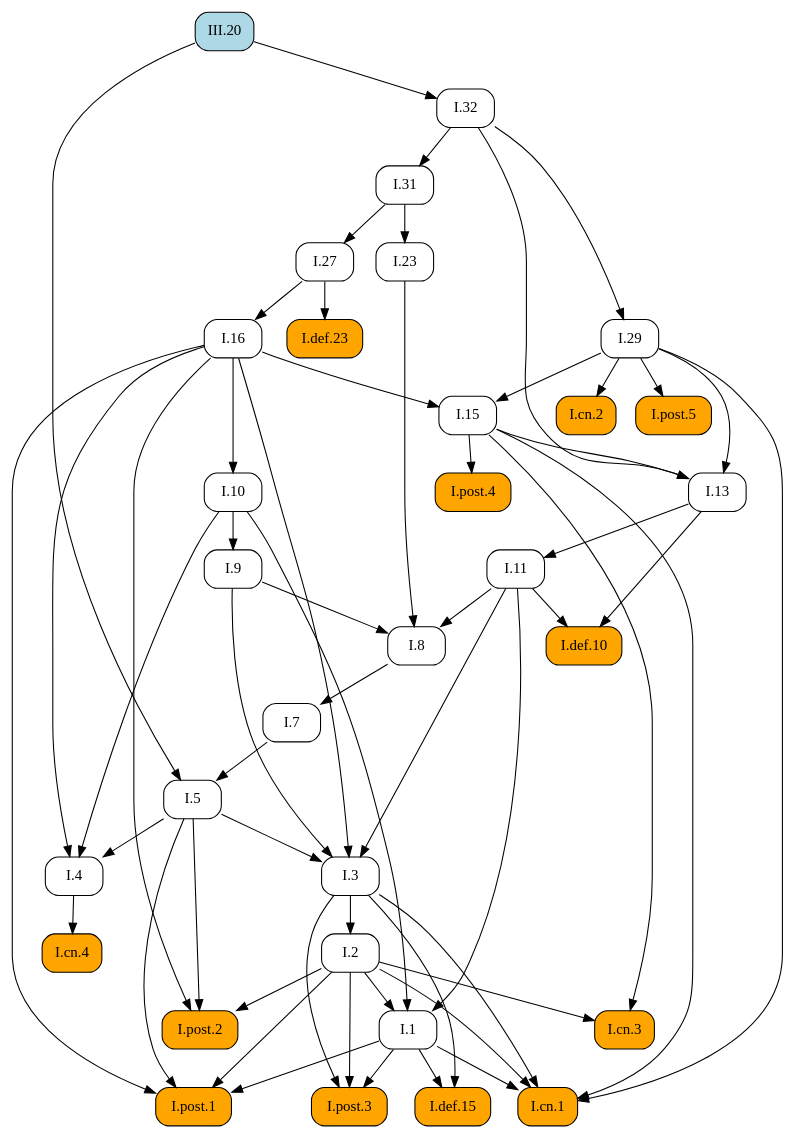
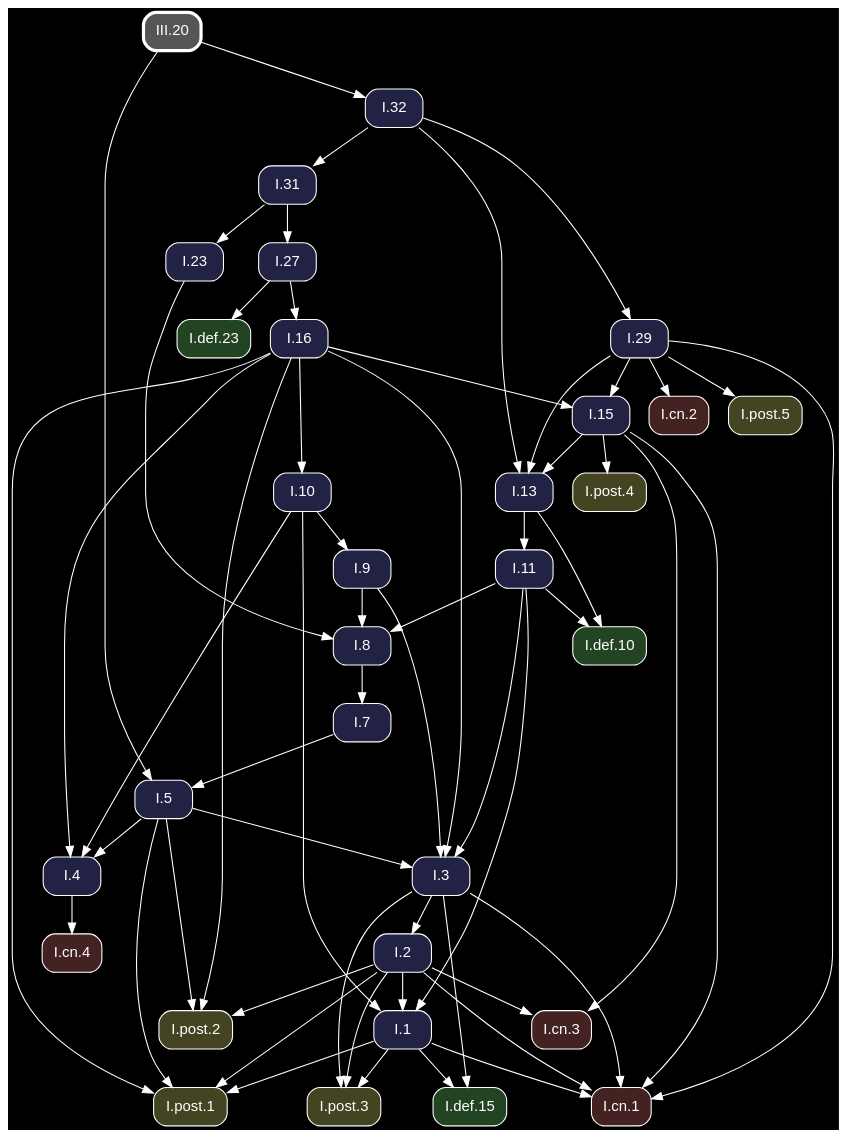
The diagram in docsrc/heath/III/20/index.rst (geometor/elements), drawn with Graphviz before and after one commit. The commit also changed other lines of this file and 1200 other files, not shown here.

Commit message:
update dependency graphs

```diff
--- a/docsrc/heath/III/20/index.rst
+++ b/docsrc/heath/III/20/index.rst
@@ -62,94 +62,96 @@
 .. graphviz::
 
    digraph {
+     bgcolor="black";
+     node [shape=box, style="rounded,filled", fontname="Helvetica", color="white", fontcolor="white"];
+     edge [color="white", fontcolor="white"];
      rankdir="TB";
-     node [shape=box, style=rounded];
-     "I.23" [URL="/heath/I/23/", target="_top"];
-     "I.9" [URL="/heath/I/9/", target="_top"];
-     "I.cn.1" [style="rounded,filled", fillcolor=orange, URL="/heath/I/cn.1/", target="_top"];
-     "I.32" [URL="/heath/I/32/", target="_top"];
-     "I.7" [URL="/heath/I/7/", target="_top"];
-     "I.2" [URL="/heath/I/2/", target="_top"];
-     "I.def.15" [style="rounded,filled", fillcolor=orange, URL="/heath/I/def.15/", target="_top"];
-     "I.13" [URL="/heath/I/13/", target="_top"];
-     "I.post.4" [style="rounded,filled", fillcolor=orange, URL="/heath/I/post.4/", target="_top"];
-     "I.4" [URL="/heath/I/4/", target="_top"];
-     "I.1" [URL="/heath/I/1/", target="_top"];
-     "I.post.3" [style="rounded,filled", fillcolor=orange, URL="/heath/I/post.3/", target="_top"];
-     "I.post.1" [style="rounded,filled", fillcolor=orange, URL="/heath/I/post.1/", target="_top"];
-     "I.5" [URL="/heath/I/5/", target="_top"];
-     "I.8" [URL="/heath/I/8/", target="_top"];
-     "III.20" [style="rounded,filled", fillcolor=lightblue, URL="/heath/III/20/", target="_top"];
-     "I.29" [URL="/heath/I/29/", target="_top"];
-     "I.cn.3" [style="rounded,filled", fillcolor=orange, URL="/heath/I/cn.3/", target="_top"];
-     "I.16" [URL="/heath/I/16/", target="_top"];
-     "I.31" [URL="/heath/I/31/", target="_top"];
-     "I.def.10" [style="rounded,filled", fillcolor=orange, URL="/heath/I/def.10/", target="_top"];
-     "I.15" [URL="/heath/I/15/", target="_top"];
-     "I.10" [URL="/heath/I/10/", target="_top"];
-     "I.11" [URL="/heath/I/11/", target="_top"];
-     "I.def.23" [style="rounded,filled", fillcolor=orange, URL="/heath/I/def.23/", target="_top"];
-     "I.cn.2" [style="rounded,filled", fillcolor=orange, URL="/heath/I/cn.2/", target="_top"];
-     "I.27" [URL="/heath/I/27/", target="_top"];
-     "I.post.5" [style="rounded,filled", fillcolor=orange, URL="/heath/I/post.5/", target="_top"];
-     "I.cn.4" [style="rounded,filled", fillcolor=orange, URL="/heath/I/cn.4/", target="_top"];
-     "I.post.2" [style="rounded,filled", fillcolor=orange, URL="/heath/I/post.2/", target="_top"];
-     "I.3" [URL="/heath/I/3/", target="_top"];
-     "I.31" -> "I.23";
-     "I.10" -> "I.9";
+     "I.31" [fillcolor="#222244", URL="/heath/I/31/", target="_top"];
+     "I.32" [fillcolor="#222244", URL="/heath/I/32/", target="_top"];
+     "I.3" [fillcolor="#222244", URL="/heath/I/3/", target="_top"];
+     "I.post.1" [fillcolor="#444422", URL="/heath/I/post.1/", target="_top"];
+     "I.cn.1" [fillcolor="#442222", URL="/heath/I/cn.1/", target="_top"];
+     "I.def.10" [fillcolor="#224422", URL="/heath/I/def.10/", target="_top"];
+     "I.15" [fillcolor="#222244", URL="/heath/I/15/", target="_top"];
+     "I.11" [fillcolor="#222244", URL="/heath/I/11/", target="_top"];
+     "I.16" [fillcolor="#222244", URL="/heath/I/16/", target="_top"];
+     "I.cn.3" [fillcolor="#442222", URL="/heath/I/cn.3/", target="_top"];
+     "I.13" [fillcolor="#222244", URL="/heath/I/13/", target="_top"];
+     "I.27" [fillcolor="#222244", URL="/heath/I/27/", target="_top"];
+     "I.2" [fillcolor="#222244", URL="/heath/I/2/", target="_top"];
+     "I.post.2" [fillcolor="#444422", URL="/heath/I/post.2/", target="_top"];
+     "I.cn.2" [fillcolor="#442222", URL="/heath/I/cn.2/", target="_top"];
+     "I.29" [fillcolor="#222244", URL="/heath/I/29/", target="_top"];
+     "I.cn.4" [fillcolor="#442222", URL="/heath/I/cn.4/", target="_top"];
+     "I.def.23" [fillcolor="#224422", URL="/heath/I/def.23/", target="_top"];
+     "I.9" [fillcolor="#222244", URL="/heath/I/9/", target="_top"];
+     "I.1" [fillcolor="#222244", URL="/heath/I/1/", target="_top"];
+     "I.post.5" [fillcolor="#444422", URL="/heath/I/post.5/", target="_top"];
+     "I.post.4" [fillcolor="#444422", URL="/heath/I/post.4/", target="_top"];
+     "I.23" [fillcolor="#222244", URL="/heath/I/23/", target="_top"];
+     "I.8" [fillcolor="#222244", URL="/heath/I/8/", target="_top"];
+     "I.4" [fillcolor="#222244", URL="/heath/I/4/", target="_top"];
+     "I.post.3" [fillcolor="#444422", URL="/heath/I/post.3/", target="_top"];
+     "III.20" [penwidth=3, color="white", fillcolor="#555555", URL="/heath/III/20/", target="_top"];
+     "I.7" [fillcolor="#222244", URL="/heath/I/7/", target="_top"];
+     "I.def.15" [fillcolor="#224422", URL="/heath/I/def.15/", target="_top"];
+     "I.5" [fillcolor="#222244", URL="/heath/I/5/", target="_top"];
+     "I.10" [fillcolor="#222244", URL="/heath/I/10/", target="_top"];
+     "I.32" -> "I.31";
+     "III.20" -> "I.32";
+     "I.5" -> "I.3";
+     "I.9" -> "I.3";
+     "I.11" -> "I.3";
+     "I.16" -> "I.3";
+     "I.1" -> "I.post.1";
+     "I.2" -> "I.post.1";
+     "I.5" -> "I.post.1";
+     "I.16" -> "I.post.1";
      "I.1" -> "I.cn.1";
      "I.2" -> "I.cn.1";
      "I.3" -> "I.cn.1";
      "I.15" -> "I.cn.1";
      "I.29" -> "I.cn.1";
-     "III.20" -> "I.32";
-     "I.8" -> "I.7";
-     "I.3" -> "I.2";
-     "I.1" -> "I.def.15";
-     "I.3" -> "I.def.15";
-     "I.15" -> "I.13";
-     "I.29" -> "I.13";
-     "I.32" -> "I.13";
-     "I.15" -> "I.post.4";
-     "I.5" -> "I.4";
-     "I.10" -> "I.4";
-     "I.16" -> "I.4";
-     "I.2" -> "I.1";
-     "I.10" -> "I.1";
-     "I.11" -> "I.1";
-     "I.1" -> "I.post.3";
-     "I.2" -> "I.post.3";
-     "I.3" -> "I.post.3";
-     "I.1" -> "I.post.1";
-     "I.2" -> "I.post.1";
-     "I.5" -> "I.post.1";
-     "I.16" -> "I.post.1";
-     "I.7" -> "I.5";
-     "III.20" -> "I.5";
-     "I.9" -> "I.8";
-     "I.11" -> "I.8";
-     "I.23" -> "I.8";
-     "I.32" -> "I.29";
-     "I.2" -> "I.cn.3";
-     "I.15" -> "I.cn.3";
-     "I.27" -> "I.16";
-     "I.32" -> "I.31";
      "I.11" -> "I.def.10";
      "I.13" -> "I.def.10";
      "I.16" -> "I.15";
      "I.29" -> "I.15";
-     "I.16" -> "I.10";
      "I.13" -> "I.11";
-     "I.27" -> "I.def.23";
-     "I.29" -> "I.cn.2";
+     "I.27" -> "I.16";
+     "I.2" -> "I.cn.3";
+     "I.15" -> "I.cn.3";
+     "I.15" -> "I.13";
+     "I.29" -> "I.13";
+     "I.32" -> "I.13";
      "I.31" -> "I.27";
-     "I.29" -> "I.post.5";
-     "I.4" -> "I.cn.4";
+     "I.3" -> "I.2";
      "I.2" -> "I.post.2";
      "I.5" -> "I.post.2";
      "I.16" -> "I.post.2";
-     "I.5" -> "I.3";
-     "I.9" -> "I.3";
-     "I.11" -> "I.3";
-     "I.16" -> "I.3";
+     "I.29" -> "I.cn.2";
+     "I.32" -> "I.29";
+     "I.4" -> "I.cn.4";
+     "I.27" -> "I.def.23";
+     "I.10" -> "I.9";
+     "I.2" -> "I.1";
+     "I.10" -> "I.1";
+     "I.11" -> "I.1";
+     "I.29" -> "I.post.5";
+     "I.15" -> "I.post.4";
+     "I.31" -> "I.23";
+     "I.9" -> "I.8";
+     "I.11" -> "I.8";
+     "I.23" -> "I.8";
+     "I.5" -> "I.4";
+     "I.10" -> "I.4";
+     "I.16" -> "I.4";
+     "I.1" -> "I.post.3";
+     "I.2" -> "I.post.3";
+     "I.3" -> "I.post.3";
+     "I.8" -> "I.7";
+     "I.1" -> "I.def.15";
+     "I.3" -> "I.def.15";
+     "I.7" -> "I.5";
+     "III.20" -> "I.5";
+     "I.16" -> "I.10";
    }
```
